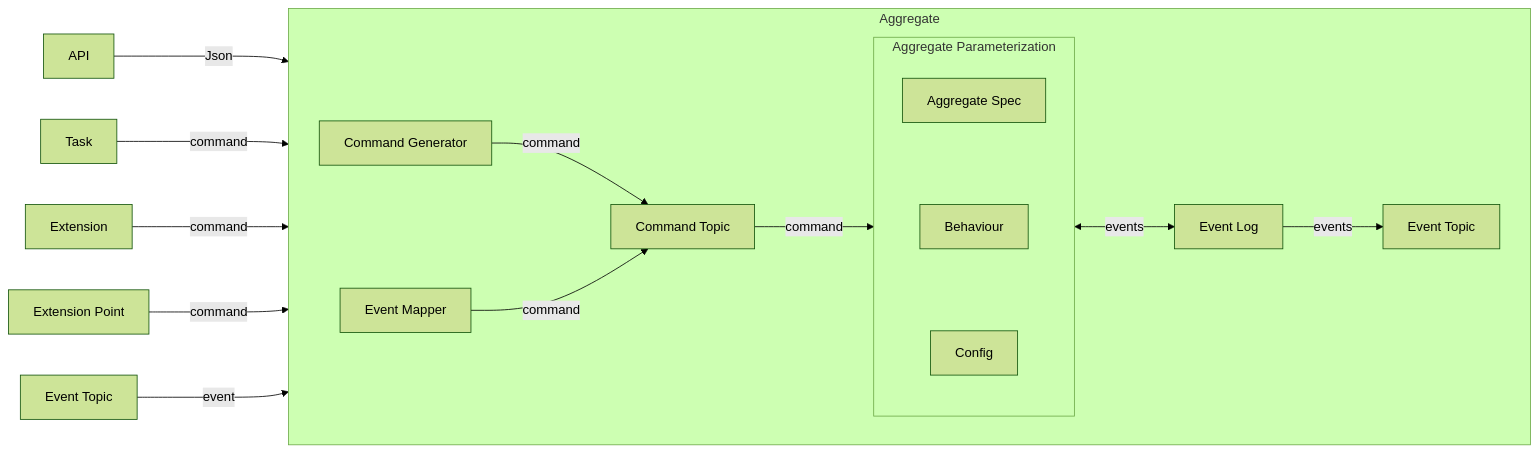
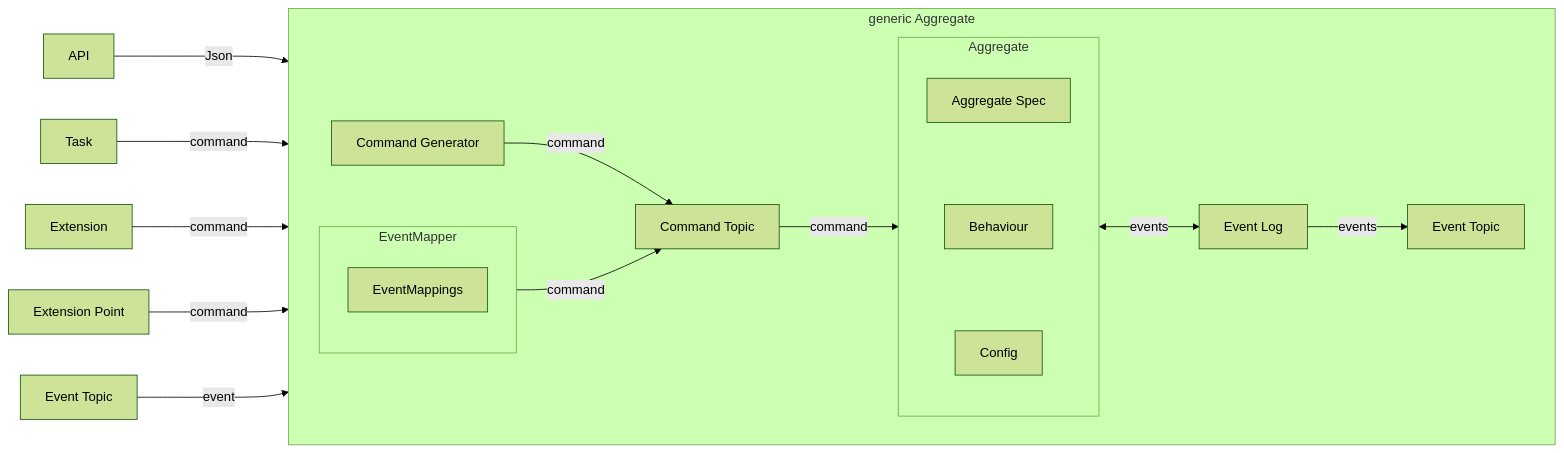
The first of 2 diagrams in packages/doc/docs/reventless-components/aggregate.md (ReventlessDev/reventless-core), drawn with Mermaid (forest theme) before and after one commit. The commit also changed other lines of this file and 4 other files, not shown here.

Commit message:
doc: improve Aggregate; remove EventMapper & Service components; fix typos

````diff
--- a/packages/doc/docs/reventless-components/aggregate.md
+++ b/packages/doc/docs/reventless-components/aggregate.md
@@ -25,40 +25,45 @@
 ```mermaid
 flowchart LR
 CmdT[Command Topic]
 EvtL[Event Log]
 EvtT[Event Topic]
 EvtT2[Event Topic]
-EvtM[Event Mapper]
+EventMapper[Event Mapper]
 Api[API]
 CmdG[Command Generator]
 Task[Task]
 Ext[Extension]
 ExtP[Extension Point]
 
 Api --->|Json| CmdG
 Task --->|command| CmdT
 Ext --->|command| CmdT
 ExtP --->|command| CmdT
-EvtT2 --->|event| EvtM
+EvtT2 --->|event| EventMapper
 
-subgraph Aggregate
+subgraph generic Aggregate
   direction LR
 
   CmdG -->|command| CmdT
 
-  subgraph Params [Aggregate Parameterization]
+  subgraph Params [Aggregate]
       direction TB
       Spec[Aggregate Spec]
       Behaviour[Behaviour]
       Config[Config]
 
       Spec ~~~ Behaviour
       Behaviour ~~~ Config
   end
 
-  EvtM -->|command| CmdT
+  subgraph EventMapper
+    direction TB
+    EventMappings
+  end
+
+  EventMapper -->|command| CmdT
   CmdT -->|command| Params
   Params <-->|events| EvtL
   EvtL -->|events| EvtT
 end
 ```
````
